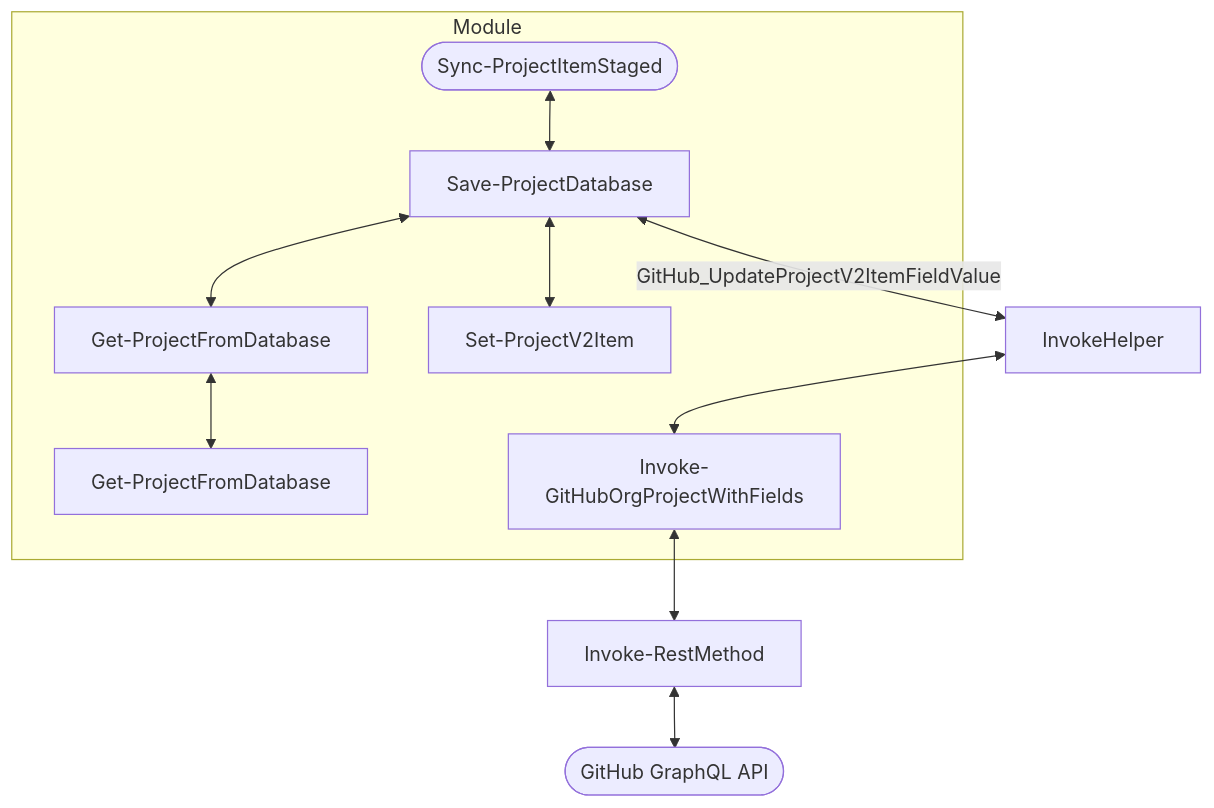
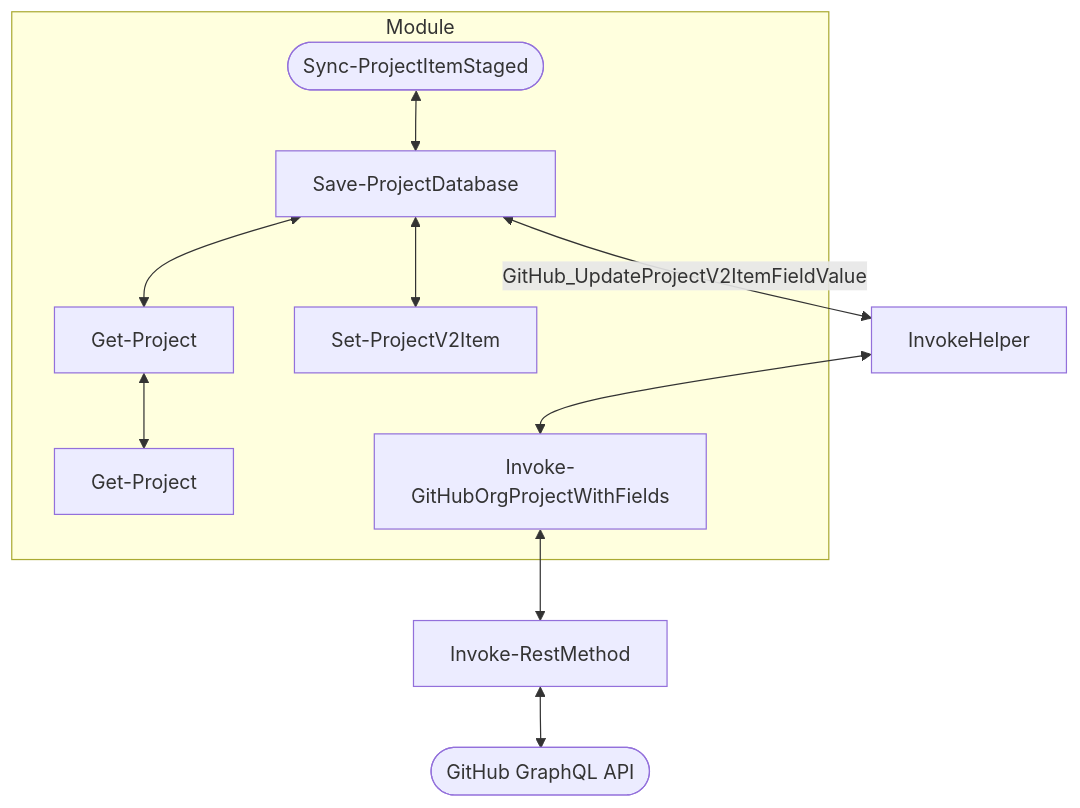
The first of 2 diagrams in Notes.md (rulasg/ProjectHelper), drawn with Mermaid before and after one commit. The commit also changed 7 other files, not shown here.

Commit message:
Rename Get-ProjectFromDatabase to Get-Project, update references, and add new tests for Get-Project functionality

````diff
--- a/Notes.md
+++ b/Notes.md
@@ -7,31 +7,31 @@
 ```mermaid
 graph TD;
 
     
 
     subgraph Module
         0([Sync-ProjectItemStaged])
         1[Save-ProjectDatabase]
-        2[Get-ProjectFromDatabase]
-        3[Get-ProjectFromDatabase]
+        2[Get-Project]
+        3[Get-Project]
         4[Set-ProjectV2Item]
         0<-->1
         1<-->2
         2<-->3
         1<-->4
 
 
         G[Invoke-GitHubOrgProjectWithFields]
     end
     1 <-- GitHub_UpdateProjectV2ItemFieldValue --> E
 
     E[InvokeHelper]
     I([GitHub GraphQL API])
     H[Invoke-RestMethod]
     G <--> H
     E <--> G
     H <--> I
 
 
     
 ```
````
